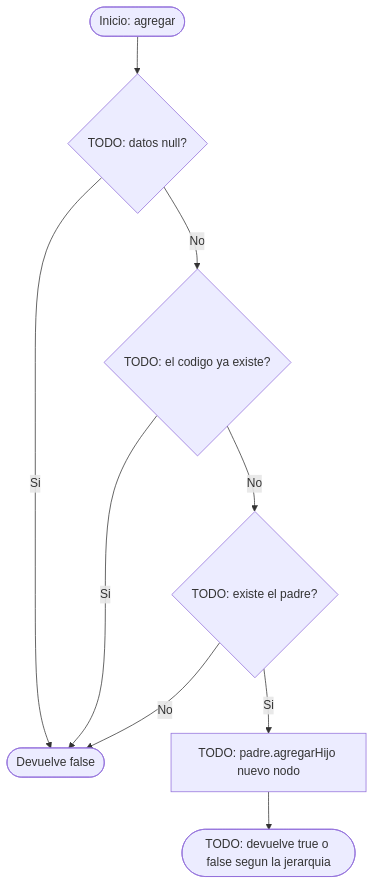
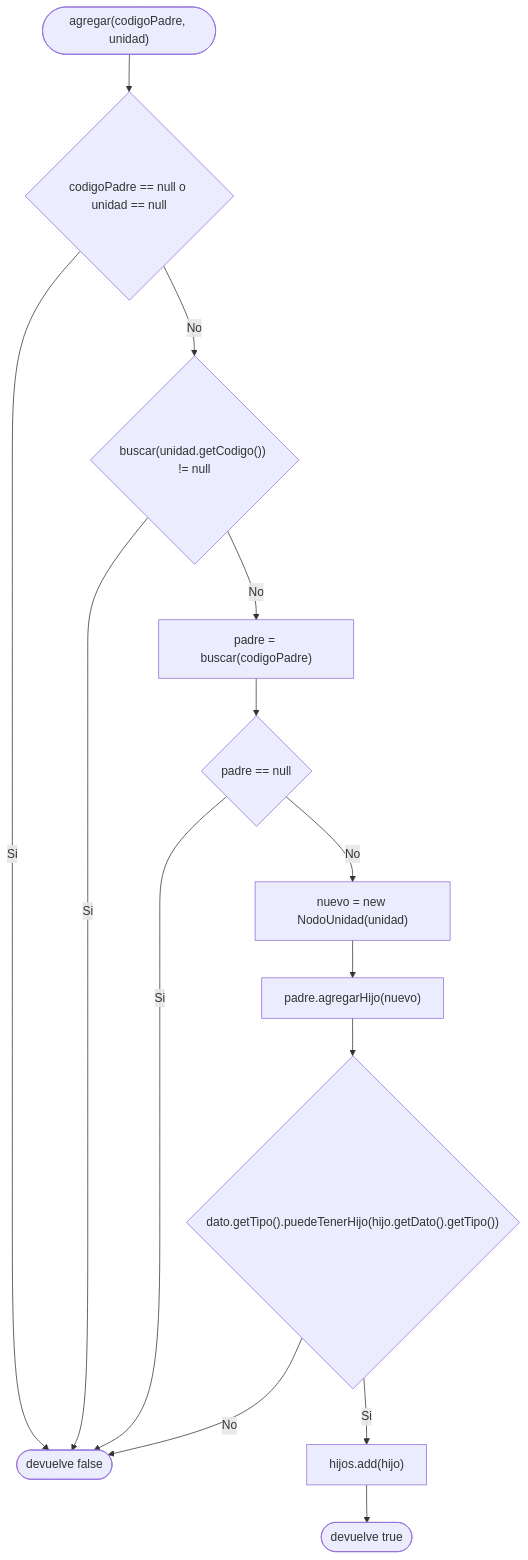
Before and after one commit to Damienq7w/APE3-Arboles-Integrado: the third of 3 diagrams in docs/diagramas-flujo/flujo_agregar_buscar.md, drawn with Mermaid. The commit also changed other lines of this file and 1 other file, not shown here.

Commit message:
Agrega diagramas de secuencia y de flujo de agregar y buscar

````diff
--- a/docs/diagramas-flujo/flujo_agregar_buscar.md
+++ b/docs/diagramas-flujo/flujo_agregar_buscar.md
@@ -34,11 +74,17 @@
 ```mermaid
 flowchart TD
-    A([Inicio: agregar]) --> B{TODO: datos null?}
-    B -- Si --> X([Devuelve false])
-    B -- No --> C{TODO: el codigo ya existe?}
-    C -- Si --> X
-    C -- No --> D{TODO: existe el padre?}
-    D -- No --> X
-    D -- Si --> E[TODO: padre.agregarHijo nuevo nodo]
-    E --> F([TODO: devuelve true o false segun la jerarquia])
+    classDef fallo fill:#fde8e8,stroke:#b42318,color:#7a1212
+    A(["agregar(codigoPadre, unidad)"]) --> B{"codigoPadre == null o unidad == null"}
+    B -- Si --> X(["devuelve false"])
+    B -- No --> D{"buscar(unidad.getCodigo()) != null"}
+    D -- Si --> X
+    D -- No --> E["padre = buscar(codigoPadre)"]
+    E --> F{"padre == null"}
+    F -- Si --> X
+    F -- No --> G["nuevo = new NodoUnidad(unidad)"]
+    G --> H["padre.agregarHijo(nuevo)"]
+    H --> I{"dato.getTipo().puedeTenerHijo(hijo.getDato().getTipo())"}
+    I -- No --> X
+    I -- Si --> K["hijos.add(hijo)"]
+    K --> J(["devuelve true"])
 ```
````
